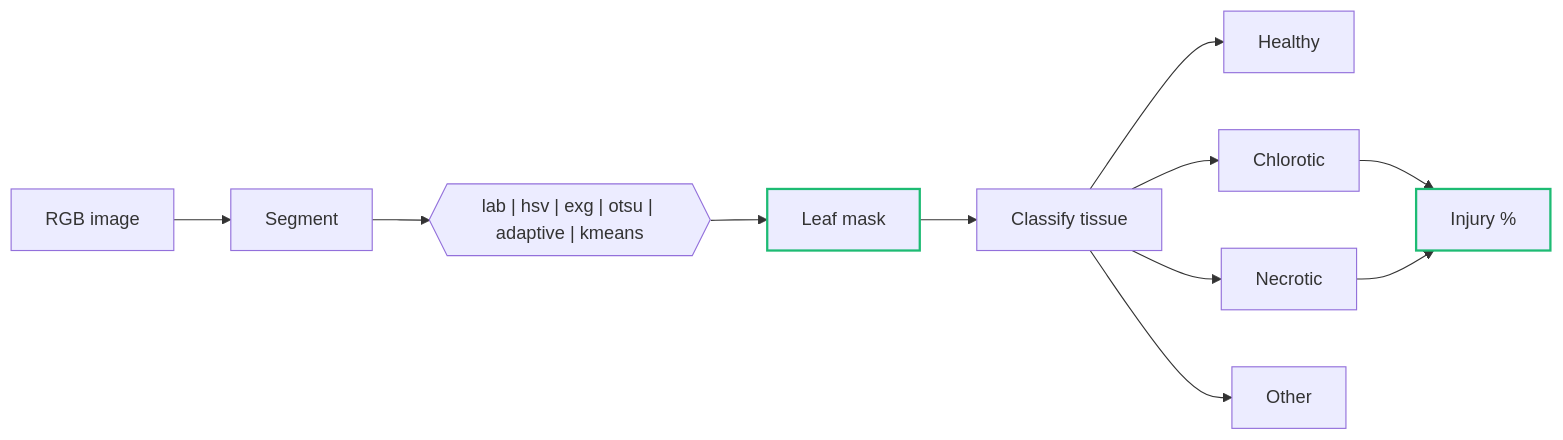
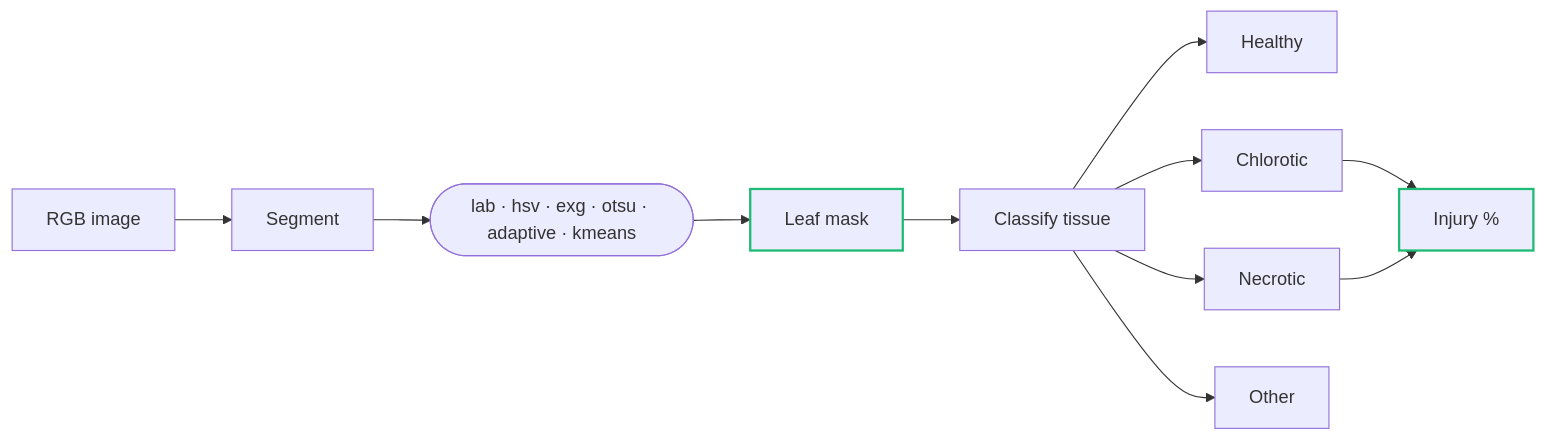
The diagram in README.md (wilhanvalasco/LeafInjuryR), drawn with Mermaid before and after one commit. The commit also changed other lines of this file and 7 other files, not shown here.

````diff
--- a/README.md
+++ b/README.md
@@ -348,16 +154,16 @@
 ```mermaid
 flowchart LR
     A[RGB image] --> B[Segment]
-    B --> M{{"lab | hsv | exg | otsu | adaptive | kmeans"}}
+    B --> M(["lab · hsv · exg · otsu · adaptive · kmeans"])
     M --> C[Leaf mask]
     C --> D[Classify tissue]
     D --> H[Healthy]
     D --> K[Chlorotic]
     D --> N[Necrotic]
     D --> O[Other]
     K --> R[Injury %]
     N --> R
 
     classDef key stroke:#1DBB73,stroke-width:2px;
     class C,R key;
 ```
````
